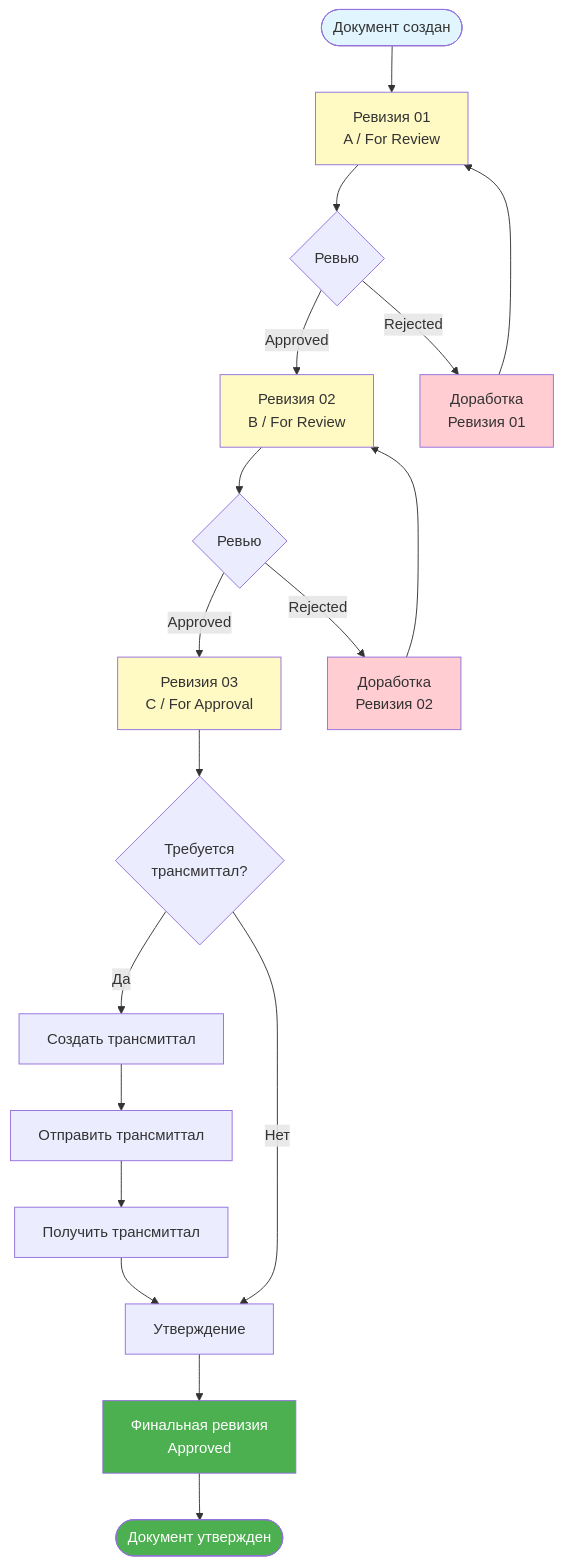
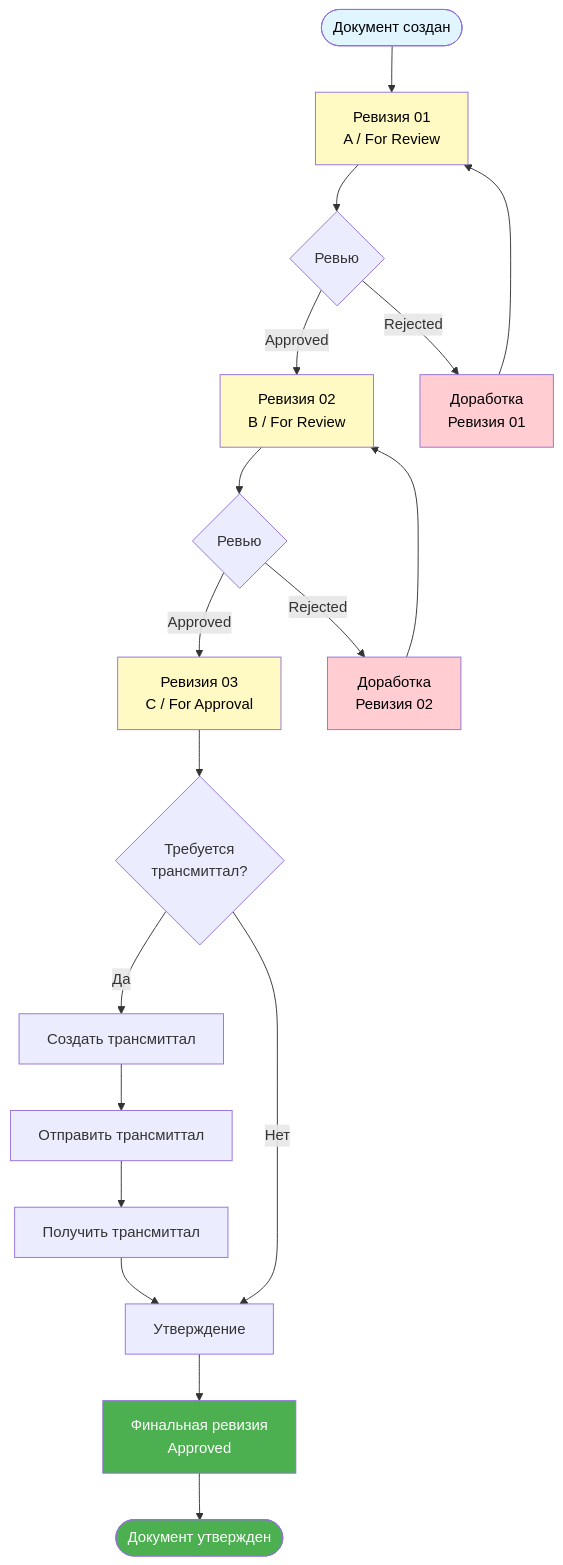
The fifth of 5 diagrams in DOCUMENT_WORKFLOW_DIAGRAM.md (ufav/edms), drawn with Mermaid before and after one commit. The commit also changed other lines of this file and 1 other file, not shown here.

````diff
--- a/DOCUMENT_WORKFLOW_DIAGRAM.md
+++ b/DOCUMENT_WORKFLOW_DIAGRAM.md
@@ -239,34 +239,34 @@
 ```mermaid
 graph TD
     Start([Документ создан]) --> Rev01[Ревизия 01<br/>A / For Review]
     
     Rev01 --> Review1{Ревью}
     Review1 -->|Approved| Rev02[Ревизия 02<br/>B / For Review]
     Review1 -->|Rejected| Rev01Rework[Доработка<br/>Ревизия 01]
     Rev01Rework --> Rev01
     
     Rev02 --> Review2{Ревью}
     Review2 -->|Approved| Rev03[Ревизия 03<br/>C / For Approval]
     Review2 -->|Rejected| Rev02Rework[Доработка<br/>Ревизия 02]
     Rev02Rework --> Rev02
     
     Rev03 --> TransmittalCheck{Требуется<br/>трансмиттал?}
     TransmittalCheck -->|Да| CreateTransmittal[Создать трансмиттал]
     CreateTransmittal --> SendTransmittal[Отправить трансмиттал]
     SendTransmittal --> ReceiveTransmittal[Получить трансмиттал]
     ReceiveTransmittal --> Approve[Утверждение]
     
     TransmittalCheck -->|Нет| Approve
     
     Approve --> Final[Финальная ревизия<br/>Approved]
     Final --> End([Документ утвержден])
     
-    style Start fill:#e1f5ff
+    style Start fill:#e1f5ff,color:#000
     style End fill:#4caf50,color:#fff
-    style Rev01 fill:#fff9c4
-    style Rev02 fill:#fff9c4
-    style Rev03 fill:#fff9c4
+    style Rev01 fill:#fff9c4,color:#000
+    style Rev02 fill:#fff9c4,color:#000
+    style Rev03 fill:#fff9c4,color:#000
     style Final fill:#4caf50,color:#fff
-    style Rev01Rework fill:#ffcdd2
-    style Rev02Rework fill:#ffcdd2
+    style Rev01Rework fill:#ffcdd2,color:#000
+    style Rev02Rework fill:#ffcdd2,color:#000
 ```
````
